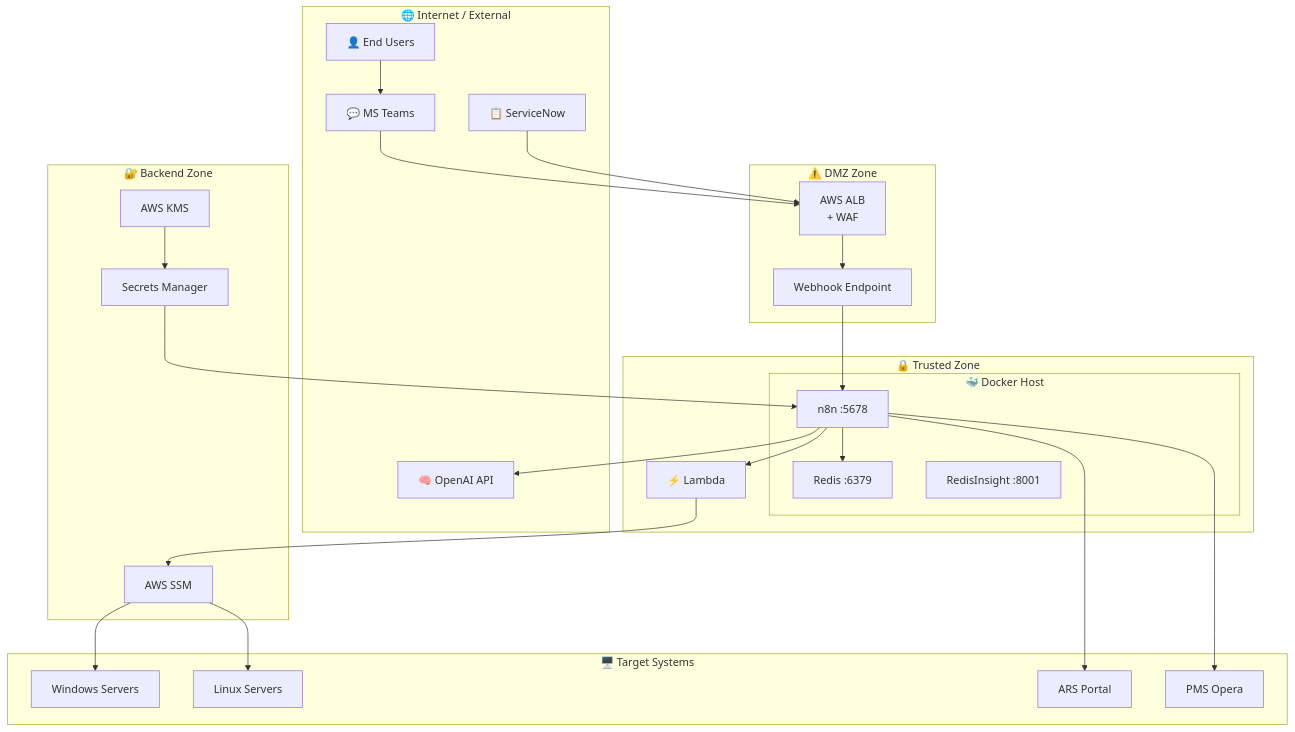
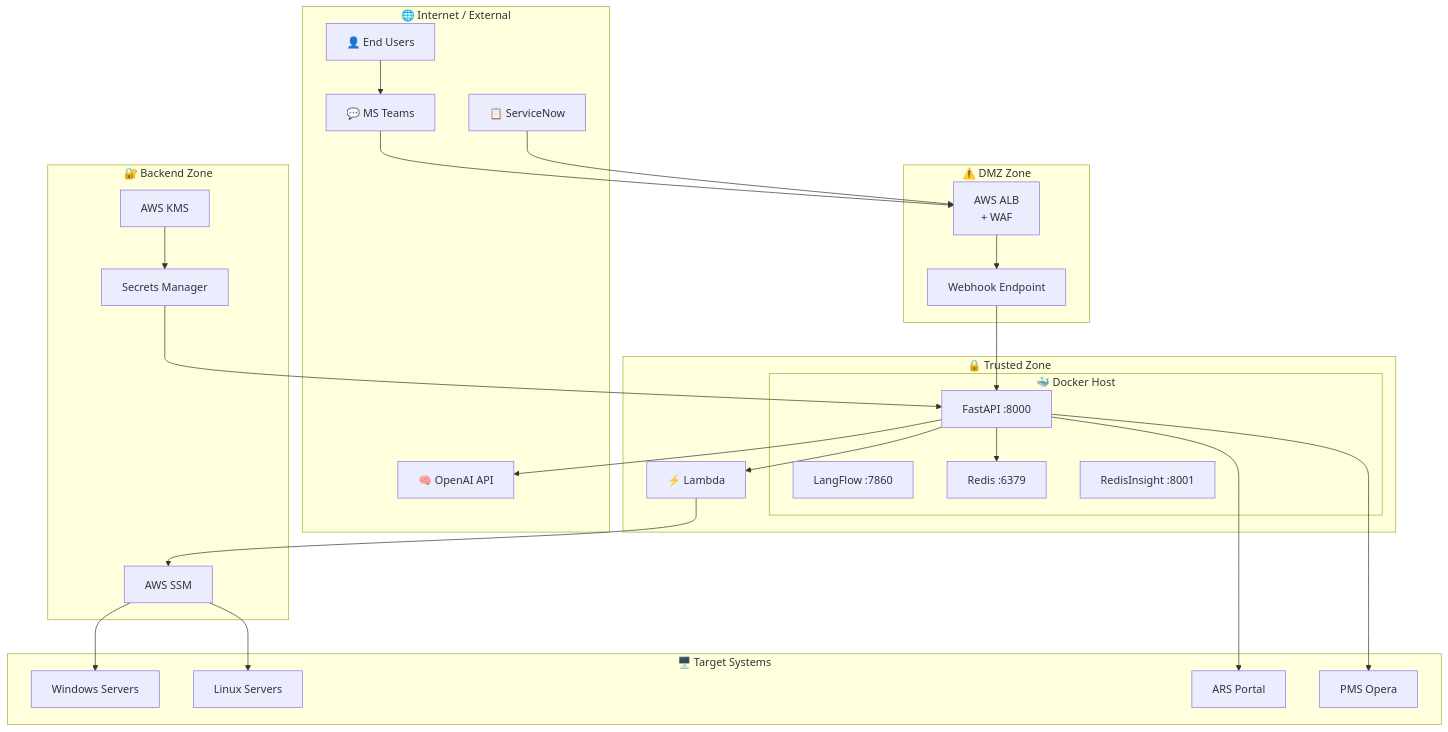
One commit to maniltns/AEGIS changed the fourth of 5 diagrams in docs/architecture.md. Above: the diagram before and after it, drawn with Mermaid. The commit also changed other lines of this file and 14 other files, not shown here.

Commit message:
docs: Add comprehensive documentation for AEGIS architecture, demo, setup, and executive insights, and update contributing guidelines for the Python/CrewAI agent stack.

````diff
--- a/docs/architecture.md
+++ b/docs/architecture.md
@@ -142,52 +146,53 @@
 ```mermaid
 graph TB
     subgraph "🌐 Internet / External"
         USER["👤 End Users"]
         TEAMS_EXT["💬 MS Teams"]
         SNOW_EXT["📋 ServiceNow"]
         OPENAI_EXT["🧠 OpenAI API"]
     end
 
     subgraph DMZ["⚠️ DMZ Zone"]
         ALB["AWS ALB<br/>+ WAF"]
         WEBHOOK["Webhook Endpoint"]
     end
 
     subgraph TRUSTED["🔒 Trusted Zone"]
         subgraph DOCKER["🐳 Docker Host"]
-            N8N["n8n :5678"]
+            API["FastAPI :8000"]
+            LF["LangFlow :7860"]
             REDIS["Redis :6379"]
             INSIGHT["RedisInsight :8001"]
         end
         LAMBDA["⚡ Lambda"]
     end
 
     subgraph BACKEND["🔐 Backend Zone"]
         SSM["AWS SSM"]
         SECRETS["Secrets Manager"]
         KMS["AWS KMS"]
     end
 
     subgraph TARGETS["🖥️ Target Systems"]
         WIN["Windows Servers"]
         LINUX["Linux Servers"]
         ARS["ARS Portal"]
         OPERA["PMS Opera"]
     end
 
     USER --> TEAMS_EXT
     TEAMS_EXT --> ALB
     SNOW_EXT --> ALB
     ALB --> WEBHOOK
-    WEBHOOK --> N8N
-    N8N --> REDIS
-    N8N --> LAMBDA
+    WEBHOOK --> API
+    API --> REDIS
+    API --> LAMBDA
     LAMBDA --> SSM
     SSM --> WIN
     SSM --> LINUX
-    N8N --> OPENAI_EXT
-    N8N --> ARS
-    N8N --> OPERA
-    SECRETS --> N8N
+    API --> OPENAI_EXT
+    API --> ARS
+    API --> OPERA
+    SECRETS --> API
     KMS --> SECRETS
 ```
````
